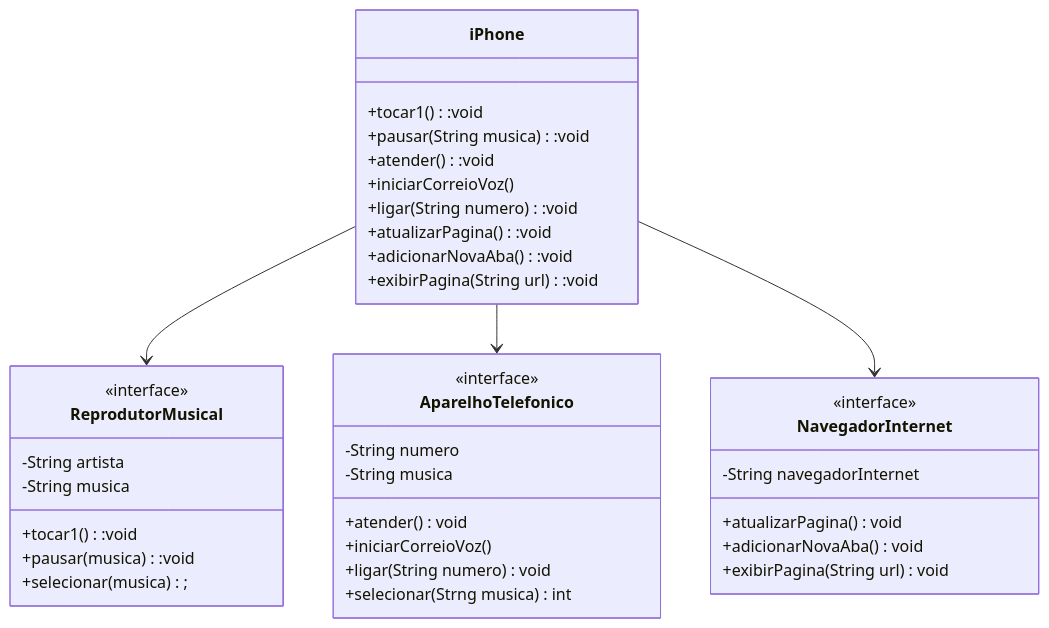
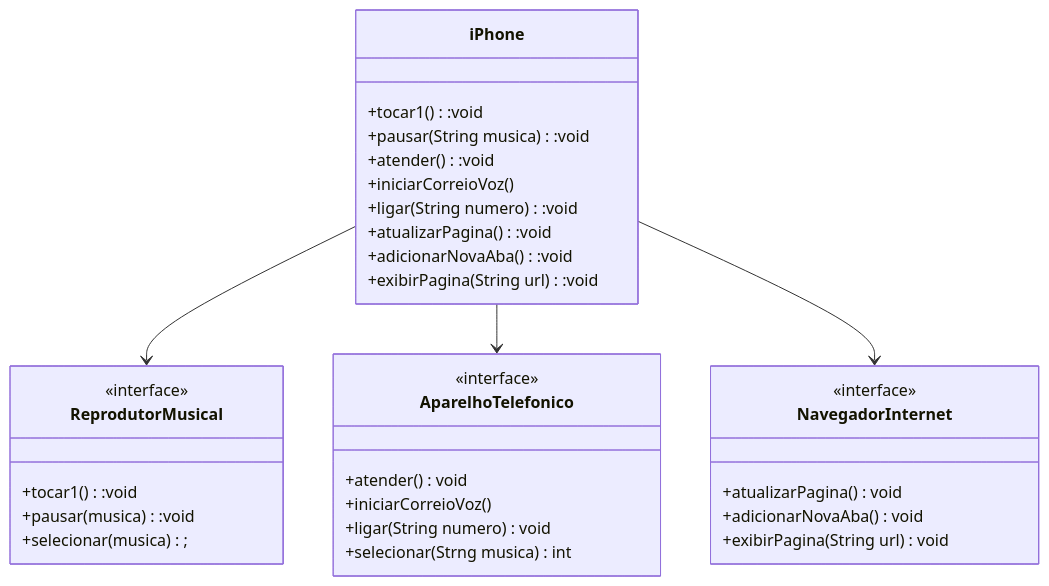
One commit to estelaalmeida/Santander-2024-Backend-com-Java changed the diagram in Santander 2024 - Backend com Java/POO - Desafio/src/DiagramaIphone/iPhone.mmd. Above: the diagram before and after it, drawn with Mermaid.

Commit message:
Desafio de projeto -POO - correção Diagrama

```diff
--- a/Santander 2024 - Backend com Java/POO - Desafio/src/DiagramaIphone/iPhone.mmd
+++ b/Santander 2024 - Backend com Java/POO - Desafio/src/DiagramaIphone/iPhone.mmd
@@ -1,48 +1,42 @@
 classDiagram
 
 
     class  ReprodutorMusical  {
             <<interface>>
-        -String artista
-        -String musica
         +tocar1():void
         +pausar(musica):void
         +selecionar(musica);
 
     }
 
     class AparelhoTelefonico {
             <<interface>>
 
-        -String numero
-        -String musica
-
         +atender() void
         +iniciarCorreioVoz()
         +ligar(String numero)void
         +selecionar(Strng musica) int
     }
 
     class NavegadorInternet {
             <<interface>>
-        -String navegadorInternet
-
+            
         +atualizarPagina() void
         +adicionarNovaAba() void
         +exibirPagina(String url) void
     }
 
     class iPhone {
         +tocar1():void
         +pausar(String musica):void
         +atender():void
         +iniciarCorreioVoz()
         +ligar(String numero) :void
         +atualizarPagina():void
         +adicionarNovaAba():void
         +exibirPagina(String url):void
     }
 
     iPhone --> ReprodutorMusical
     iPhone --> AparelhoTelefonico
     iPhone --> NavegadorInternet
```
